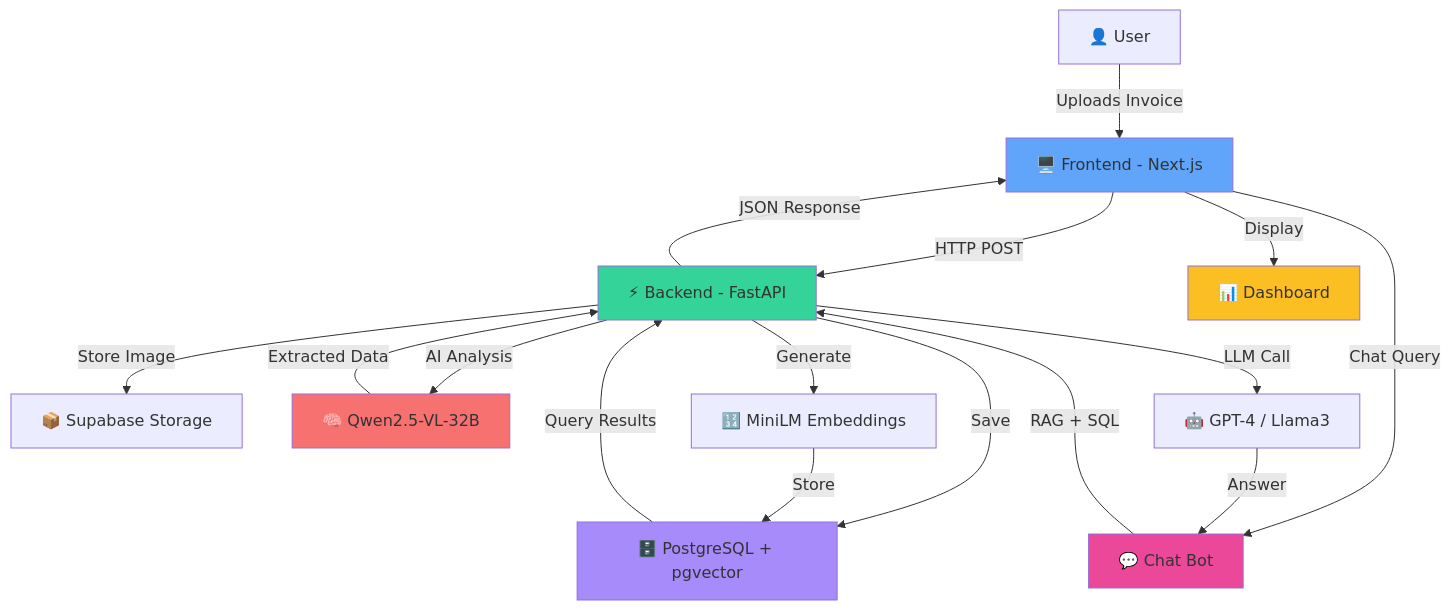
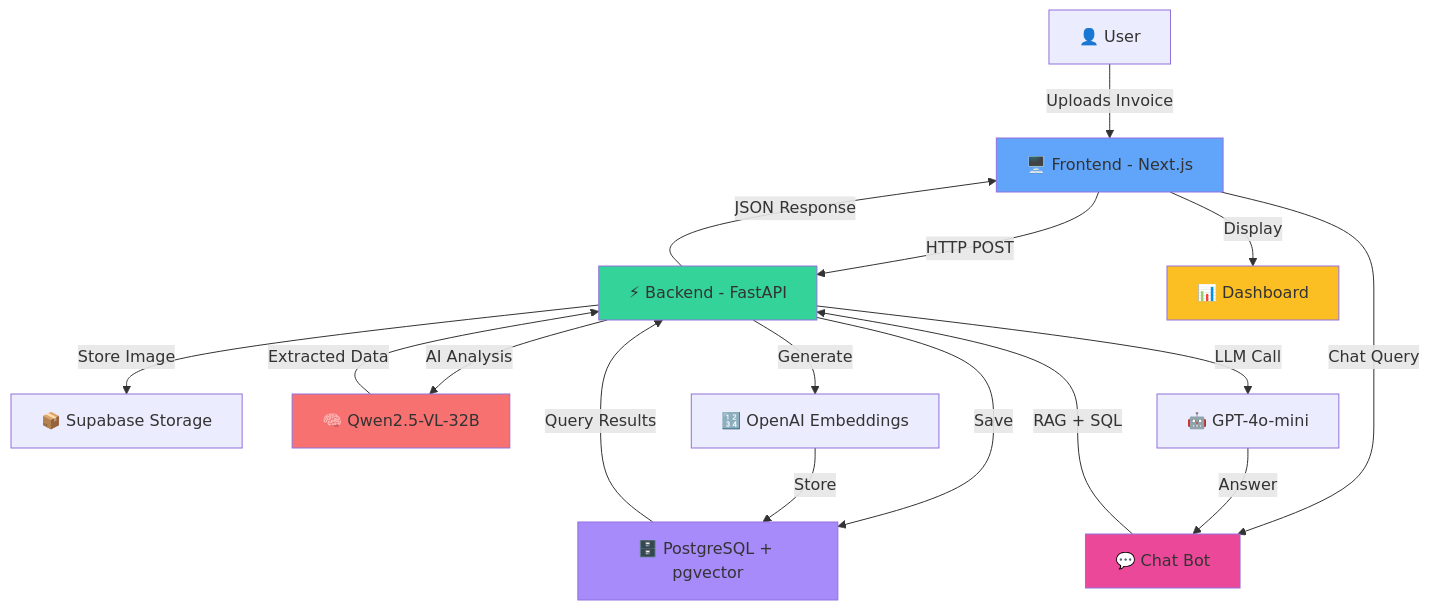
The first of 8 diagrams in Readme.md (AI-AugToOct/capstone-project-invoice-mangement-system), drawn with Mermaid before and after one commit. The commit also changed other lines of this file, not shown here.

````diff
--- a/Readme.md
+++ b/Readme.md
@@ -50,25 +50,25 @@
 ```mermaid
 graph TD
     User[👤 User] -->|Uploads Invoice| Frontend[🖥️ Frontend - Next.js]
     Frontend -->|HTTP POST| Backend[⚡ Backend - FastAPI]
     Backend -->|Store Image| Supabase_Storage[📦 Supabase Storage]
     Backend -->|AI Analysis| VLM[🧠 Qwen2.5-VL-32B]
     VLM -->|Extracted Data| Backend
     Backend -->|Save| Supabase_DB[🗄️ PostgreSQL + pgvector]
-    Backend -->|Generate| Embeddings[🔢 MiniLM Embeddings]
+    Backend -->|Generate| Embeddings[🔢 OpenAI Embeddings]
     Embeddings -->|Store| Supabase_DB
     Supabase_DB -->|Query Results| Backend
     Backend -->|JSON Response| Frontend
     Frontend -->|Display| Dashboard[📊 Dashboard]
     Frontend -->|Chat Query| ChatInterface[💬 Chat Bot]
     ChatInterface -->|RAG + SQL| Backend
-    Backend -->|LLM Call| OpenAI[🤖 GPT-4 / Llama3]
+    Backend -->|LLM Call| OpenAI[🤖 GPT-4o-mini]
     OpenAI -->|Answer| ChatInterface
     
     style Frontend fill:#60a5fa
     style Backend fill:#34d399
     style VLM fill:#f87171
     style Supabase_DB fill:#a78bfa
     style Dashboard fill:#fbbf24
     style ChatInterface fill:#ec4899
 ```
````
